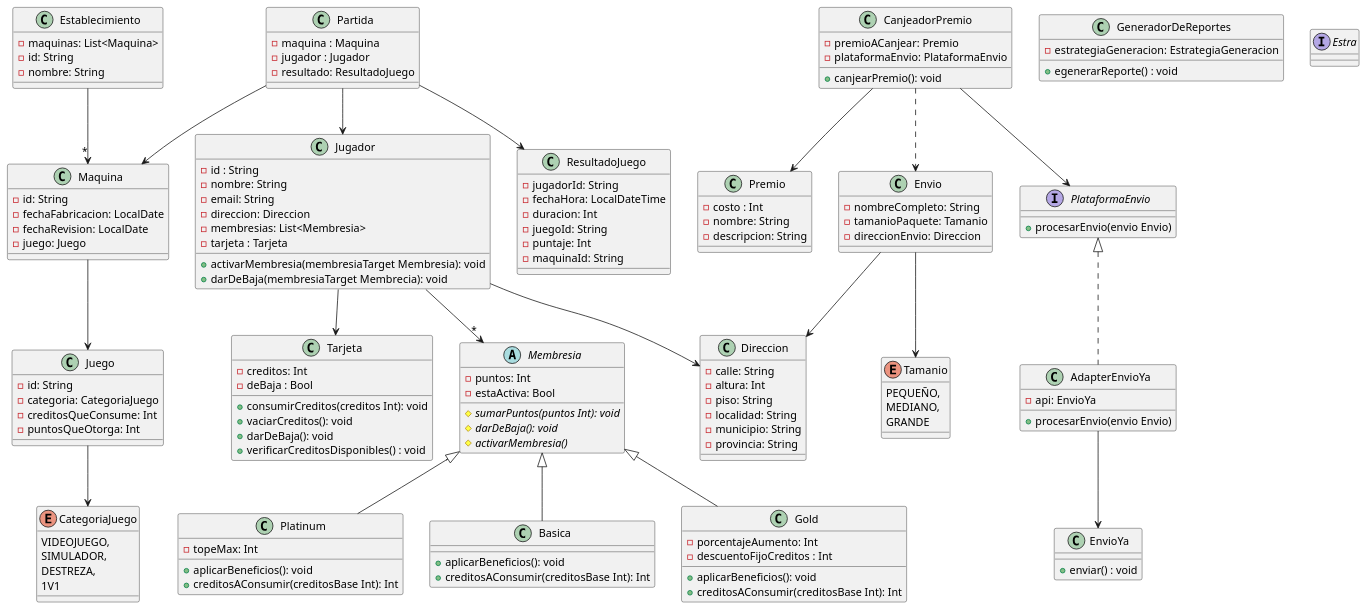
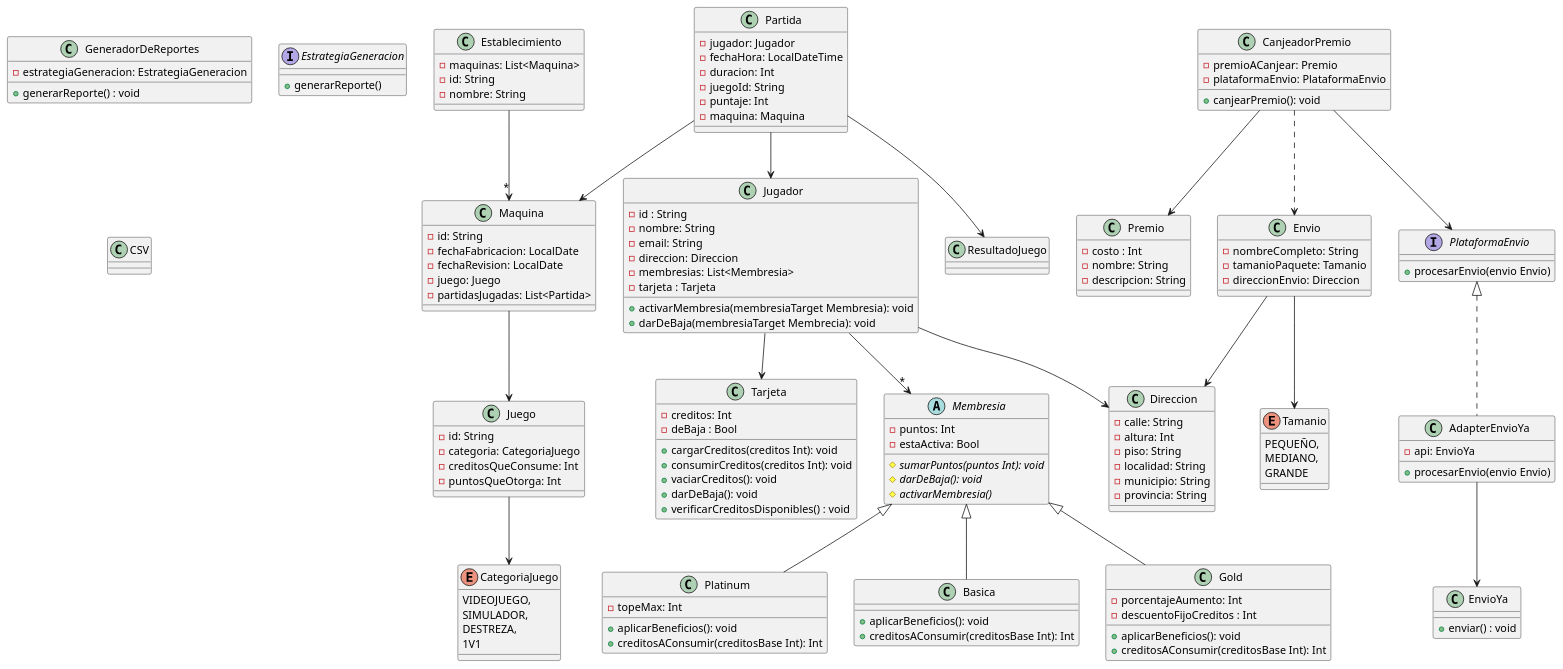
One commit to vclevy/1-P-DdSI changed the diagram in GameTrack/gametrack.plantuml. Above: the diagram before and after it, drawn with PlantUML. The commit also changed 1 other file, not shown here.

```diff
--- a/GameTrack/gametrack.plantuml
+++ b/GameTrack/gametrack.plantuml
@@ -1,168 +1,167 @@
 @startuml gametrack
 
 class Establecimiento{
     - maquinas: List<Maquina>
     - id: String
     - nombre: String
 }
 
 class Jugador{
     - id : String
     - nombre: String
     - email: String
     - direccion: Direccion
     - membresias: List<Membresia>
     - tarjeta : Tarjeta
 
     
     + activarMembresia(membresiaTarget Membresia): void
     + darDeBaja(membresiaTarget Membrecia): void
 }
 
 class Direccion{
     - calle: String
     - altura: Int
     - piso: String
     - localidad: String
     - municipio: String
     - provincia: String
 }
 
 class Tarjeta{
     - creditos: Int
     - deBaja : Bool
 
+    + cargarCreditos(creditos Int): void
     + consumirCreditos(creditos Int): void
     + vaciarCreditos(): void
     + darDeBaja(): void
     + verificarCreditosDisponibles() : void
 }
 
 abstract class Membresia{
     - puntos: Int
     - estaActiva: Bool
     # {abstract} sumarPuntos(puntos Int): void
     # {abstract} darDeBaja(): void
     # {abstract} activarMembresia()
 }
 
 class Basica extends Membresia{
     + aplicarBeneficios(): void
     + creditosAConsumir(creditosBase Int): Int
 }
 
 class Gold extends Membresia{
     - porcentajeAumento: Int
     - descuentoFijoCreditos : Int
     + aplicarBeneficios(): void
     + creditosAConsumir(creditosBase Int): Int
 }
 
 class Platinum extends Membresia{
     - topeMax: Int
     + aplicarBeneficios(): void
     + creditosAConsumir(creditosBase Int): Int
 }
 
 class Maquina{
     - id: String
     - fechaFabricacion: LocalDate
     - fechaRevision: LocalDate
     - juego: Juego
+    - partidasJugadas: List<Partida>
 }
 
 class Juego{
     - id: String
     - categoria: CategoriaJuego
     - creditosQueConsume: Int
     - puntosQueOtorga: Int
 }
 
 enum CategoriaJuego{
     VIDEOJUEGO,
     SIMULADOR,
     DESTREZA,
     1V1
 }
 
 class Partida{
-    - maquina : Maquina
-    - jugador : Jugador
-    - resultado: ResultadoJuego
-}
-
-class ResultadoJuego{
-    -jugadorId: String
+    -jugador: Jugador
     -fechaHora: LocalDateTime
     -duracion: Int
     -juegoId: String
     -puntaje: Int
-    -maquinaId: String
+    -maquina: Maquina
 }
 
 class Premio{
     - costo : Int  
     - nombre: String
     - descripcion: String
 }
 
 class CanjeadorPremio{
     - premioACanjear: Premio
     - plataformaEnvio: PlataformaEnvio
 
     + canjearPremio(): void
 }
 
 interface PlataformaEnvio{
     + procesarEnvio(envio Envio)
 }
 
 class AdapterEnvioYa implements PlataformaEnvio{
     - api: EnvioYa
     + procesarEnvio(envio Envio)
 }
 
 class EnvioYa{
     + enviar() : void
 }
 
 class Envio{
     - nombreCompleto: String
     - tamanioPaquete: Tamanio
     - direccionEnvio: Direccion
 }
 
 enum Tamanio{
     PEQUEÑO,
     MEDIANO,
     GRANDE
 }
 
 class GeneradorDeReportes{
     - estrategiaGeneracion: EstrategiaGeneracion
 
-    + egenerarReporte() : void
+    + generarReporte() : void
 }
 
-interface Estra
+interface EstrategiaGeneracion{
+    +generarReporte()
+}
 
+class CSV
 
 Jugador --> Tarjeta
 Jugador --> Direccion
 Jugador --> "*" Membresia
 Establecimiento --> "*" Maquina
 Maquina --> Juego
 Partida --> Jugador
 Partida --> ResultadoJuego
 Partida --> Maquina
 Juego --> CategoriaJuego
 CanjeadorPremio --> Premio
 CanjeadorPremio --> PlataformaEnvio
 Envio --> Direccion
 Envio --> Tamanio
 AdapterEnvioYa --> EnvioYa
 CanjeadorPremio ..> Envio
 
 
 
 @enduml
```
